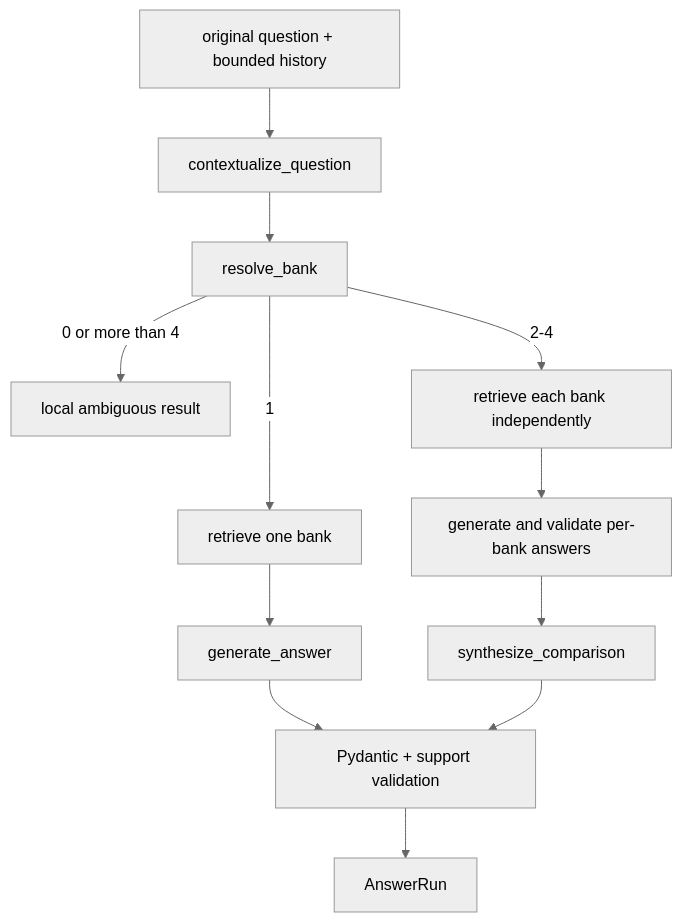
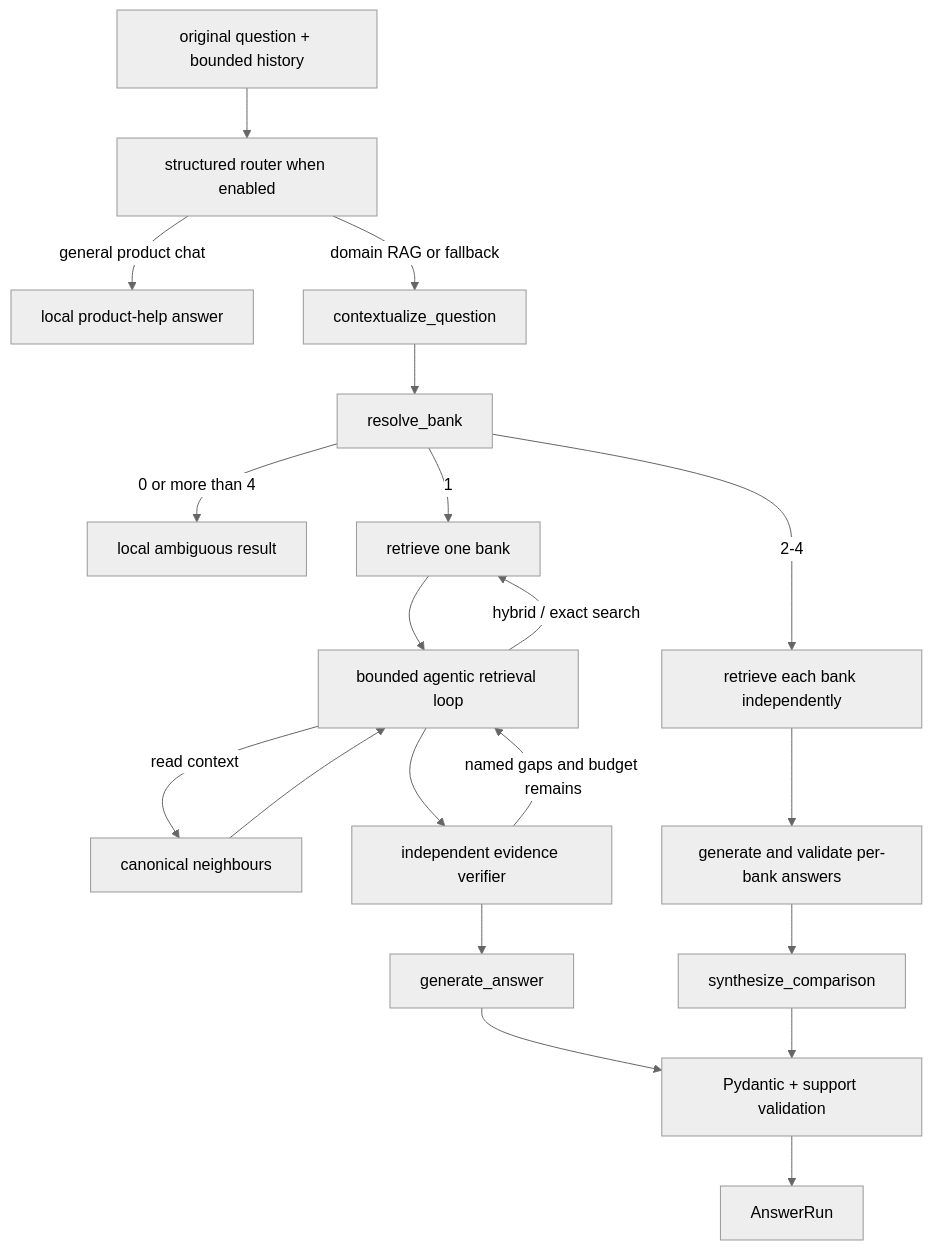
Before and after one commit to nikolabakic/Banking-Technology-and-Operational-Risk-Intelligence-Assistant: the diagram in src/bankscope/generation/README.md, drawn with Mermaid (neutral theme). The commit also changed other lines of this file and 39 other files, not shown here.

Commit message:
wip: preserve agentic RAG changes

````diff
--- a/src/bankscope/generation/README.md
+++ b/src/bankscope/generation/README.md
@@ -5,14 +5,22 @@
 ```mermaid
 flowchart TD
-    Question[original question + bounded history] --> Context[contextualize_question]
+    Question[original question + bounded history] --> Route[structured router when enabled]
+    Route -->|general product chat| General[local product-help answer]
+    Route -->|domain RAG or fallback| Context[contextualize_question]
     Context --> Resolve[resolve_bank]
     Resolve -->|0 or more than 4| Ambiguous[local ambiguous result]
     Resolve -->|1| One[retrieve one bank]
     Resolve -->|2-4| Many[retrieve each bank independently]
-    One --> Generate[generate_answer]
+    One --> Loop[bounded agentic retrieval loop]
+    Loop -->|hybrid / exact search| One
+    Loop -->|read context| Expand[canonical neighbours]
+    Expand --> Loop
+    Loop --> Verify[independent evidence verifier]
+    Verify -->|named gaps and budget remains| Loop
+    Verify --> Generate[generate_answer]
     Many --> PerBank[generate and validate per-bank answers]
     PerBank --> Synthesize[synthesize_comparison]
     Generate --> Contract[Pydantic + support validation]
     Synthesize --> Contract
     Contract --> Result[AnswerRun]
 ```
````
